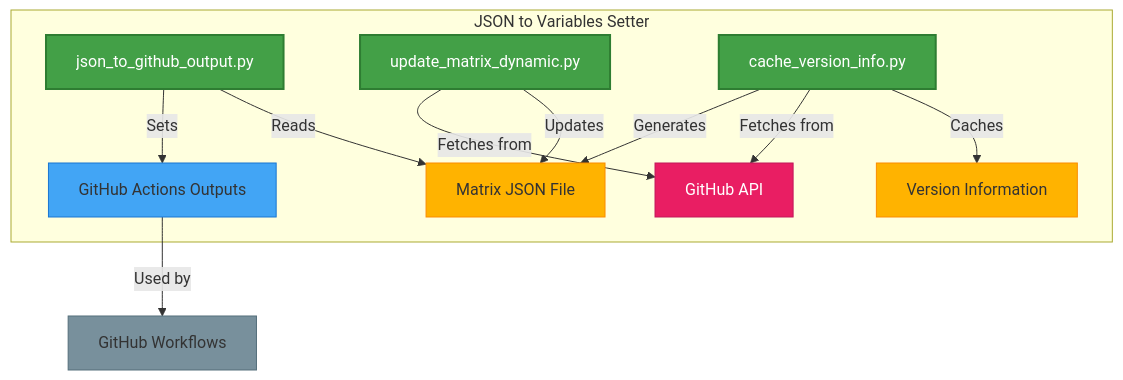
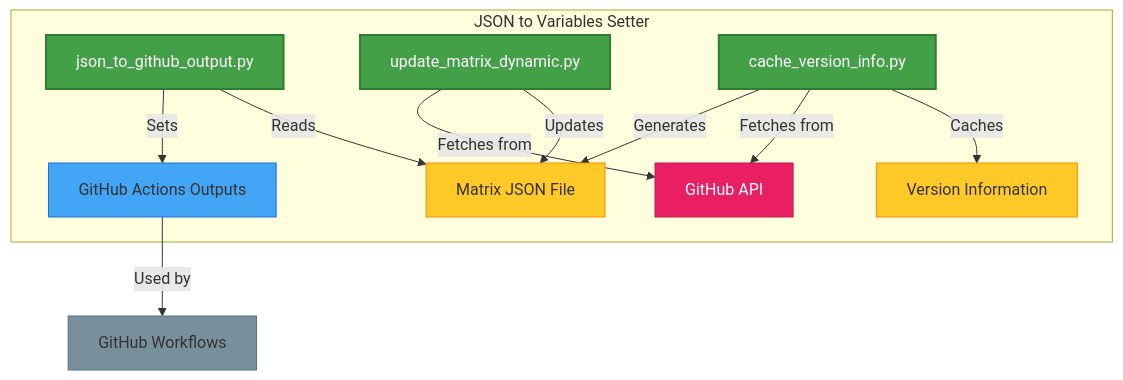
Before and after one commit to 7rikazhexde/json2vars-setter: the first of 2 diagrams in docs/features/index.md, drawn with Mermaid. The commit also changed 9 other files, not shown here.

Commit message:
:art: Update Mermaid diagrams and styles for JSON to Variables Setter documentation

````diff
--- a/docs/features/index.md
+++ b/docs/features/index.md
@@ -7,28 +7,28 @@
 ```mermaid
 graph TD
     subgraph "JSON to Variables Setter"
         A[json_to_github_output.py] -->|Reads| B[Matrix JSON File]
         A -->|Sets| C[GitHub Actions Outputs]
 
         D[update_matrix_dynamic.py] -->|Updates| B
         D -->|Fetches from| E[GitHub API]
 
         F[cache_version_info.py] -->|Caches| G[Version Information]
         F -->|Fetches from| E
         F -->|Generates| B
     end
 
     C -->|Used by| I[GitHub Workflows]
 
     classDef core fill:#43a047,stroke:#2e7d32,stroke-width:2px,color:#fff
-    classDef file fill:#ffb300,stroke:#fb8c00,stroke-width:1px
+    classDef file fill:#ffca28,stroke:#fb8c00,stroke-width:1px,color:#333333
     classDef output fill:#42a5f5,stroke:#1976d2,stroke-width:1px
     classDef external fill:#78909c,stroke:#546e7a,stroke-width:1px
     classDef api fill:#e91e63,stroke:#c2185b,stroke-width:1px,color:#fff
 
     class A,D,F core
     class B,G file
     class C output
     class I external
     class E api
 ```
````
